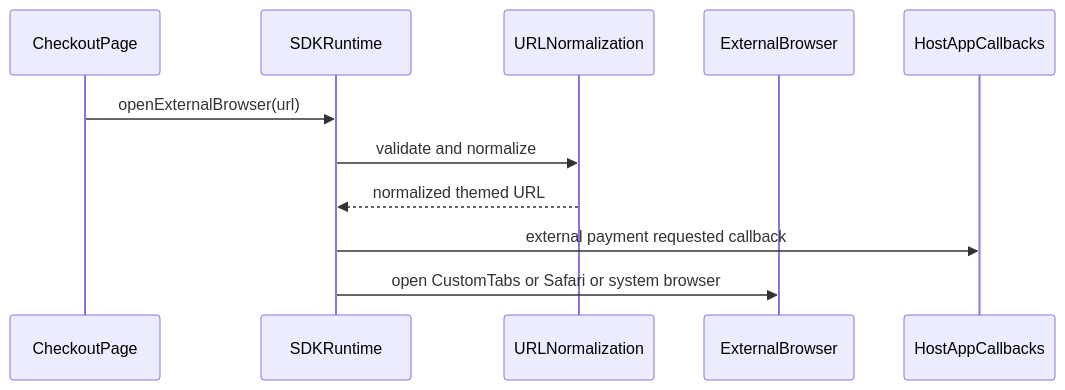
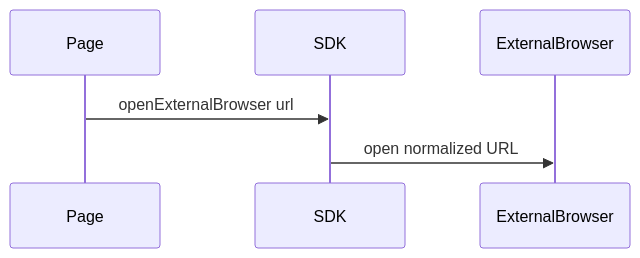
One commit to stashgg/stash-native changed the third of 3 diagrams in docs/architecture-overview.md. Above: the diagram before and after it, drawn with Mermaid. The commit also changed other lines of this file and 6 other files, not shown here.

````diff
--- a/docs/architecture-overview.md
+++ b/docs/architecture-overview.md
@@ -87,14 +94,9 @@
 ```mermaid
 sequenceDiagram
-    participant Page as CheckoutPage
-    participant SDK as SDKRuntime
-    participant URL as URLNormalization
-    participant Browser as ExternalBrowser
-    participant App as HostAppCallbacks
+    participant Page as Page
+    participant Sdk as SDK
+    participant Ext as ExternalBrowser
 
-    Page->>SDK: openExternalBrowser(url)
-    SDK->>URL: validate and normalize
-    URL-->>SDK: normalized themed URL
-    SDK->>App: external payment requested callback
-    SDK->>Browser: open CustomTabs or Safari or system browser
+    Page->>Sdk: openExternalBrowser url
+    Sdk->>Ext: open normalized URL
 ```
````
